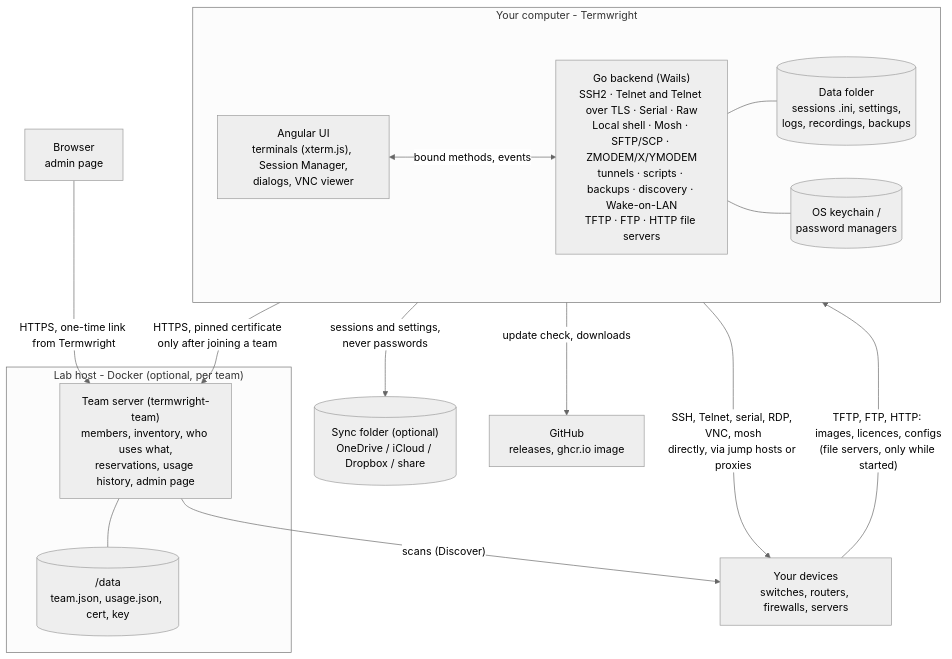
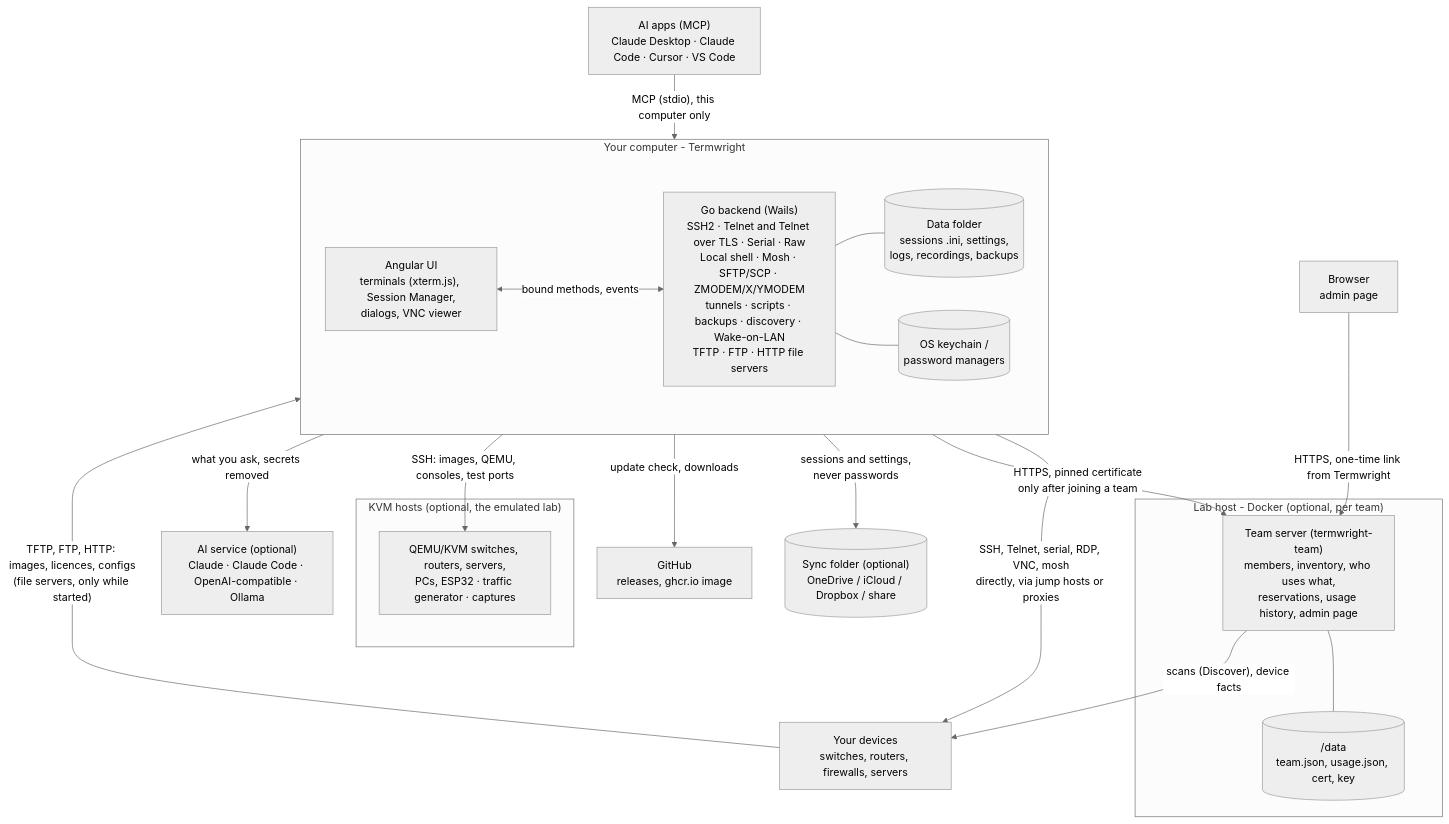
The diagram in README.md (nperiannan/termwright), drawn with Mermaid (neutral theme) before and after one commit. The commit also changed other lines of this file and 3 other files, not shown here.

Commit message:
README and feature list: Termwright as it is now - access, AI (agent and MCP connector), the network emulation lab and traffic generator, automation and teams; new lab screenshots

````diff
--- a/README.md
+++ b/README.md
@@ -255,23 +258,31 @@
 ```mermaid
 flowchart TB
   subgraph PC["Your computer - Termwright"]
     direction LR
     UI["Angular UI<br/>terminals (xterm.js), Session Manager,<br/>dialogs, VNC viewer"] <-- "bound methods, events" --> Go["Go backend (Wails)<br/>SSH2 · Telnet and Telnet over TLS · Serial · Raw<br/>Local shell · Mosh · SFTP/SCP · ZMODEM/X/YMODEM<br/>tunnels · scripts · backups · discovery · Wake-on-LAN<br/>TFTP · FTP · HTTP file servers"]
     Go --- Data[("Data folder<br/>sessions .ini, settings,<br/>logs, recordings, backups")]
     Go --- Keys[("OS keychain /<br/>password managers")]
   end
   Dev["Your devices<br/>switches, routers, firewalls, servers"]
   subgraph Lab["Lab host - Docker (optional, per team)"]
     TS["Team server (termwright-team)<br/>members, inventory, who uses what,<br/>reservations, usage history, admin page"] --- TD[("/data<br/>team.json, usage.json, cert, key")]
   end
+  subgraph KVM["KVM hosts (optional, the emulated lab)"]
+    VM["QEMU/KVM switches, routers, servers,<br/>PCs, ESP32 · traffic generator · captures"]
+  end
+  AI["AI service (optional)<br/>Claude · Claude Code · OpenAI-compatible · Ollama"]
+  Apps["AI apps (MCP)<br/>Claude Desktop · Claude Code · Cursor · VS Code"]
   Sync[("Sync folder (optional)<br/>OneDrive / iCloud / Dropbox / share")]
   GH["GitHub<br/>releases, ghcr.io image"]
   Browser["Browser<br/>admin page"]
   Go -- "SSH, Telnet, serial, RDP, VNC, mosh<br/>directly, via jump hosts or proxies" --> Dev
   Dev -- "TFTP, FTP, HTTP: images, licences, configs<br/>(file servers, only while started)" --> Go
   Go -- "HTTPS, pinned certificate<br/>only after joining a team" --> TS
   Go -- "sessions and settings,<br/>never passwords" --> Sync
   Go -- "update check, downloads" --> GH
   Browser -- "HTTPS, one-time link from Termwright" --> TS
-  TS -- "scans (Discover)" --> Dev
+  TS -- "scans (Discover), device facts" --> Dev
+  Go -- "SSH: images, QEMU, consoles, test ports" --> VM
+  Go -- "what you ask, secrets removed" --> AI
+  Apps -- "MCP (stdio), this computer only" --> Go
 ```
````
